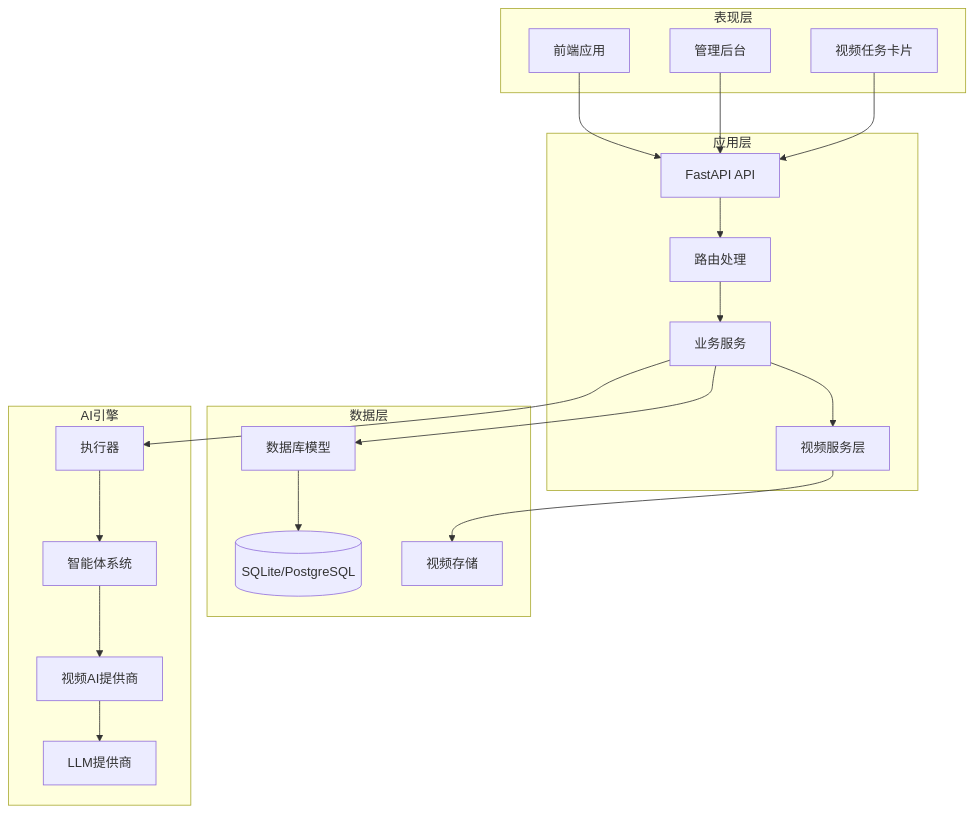
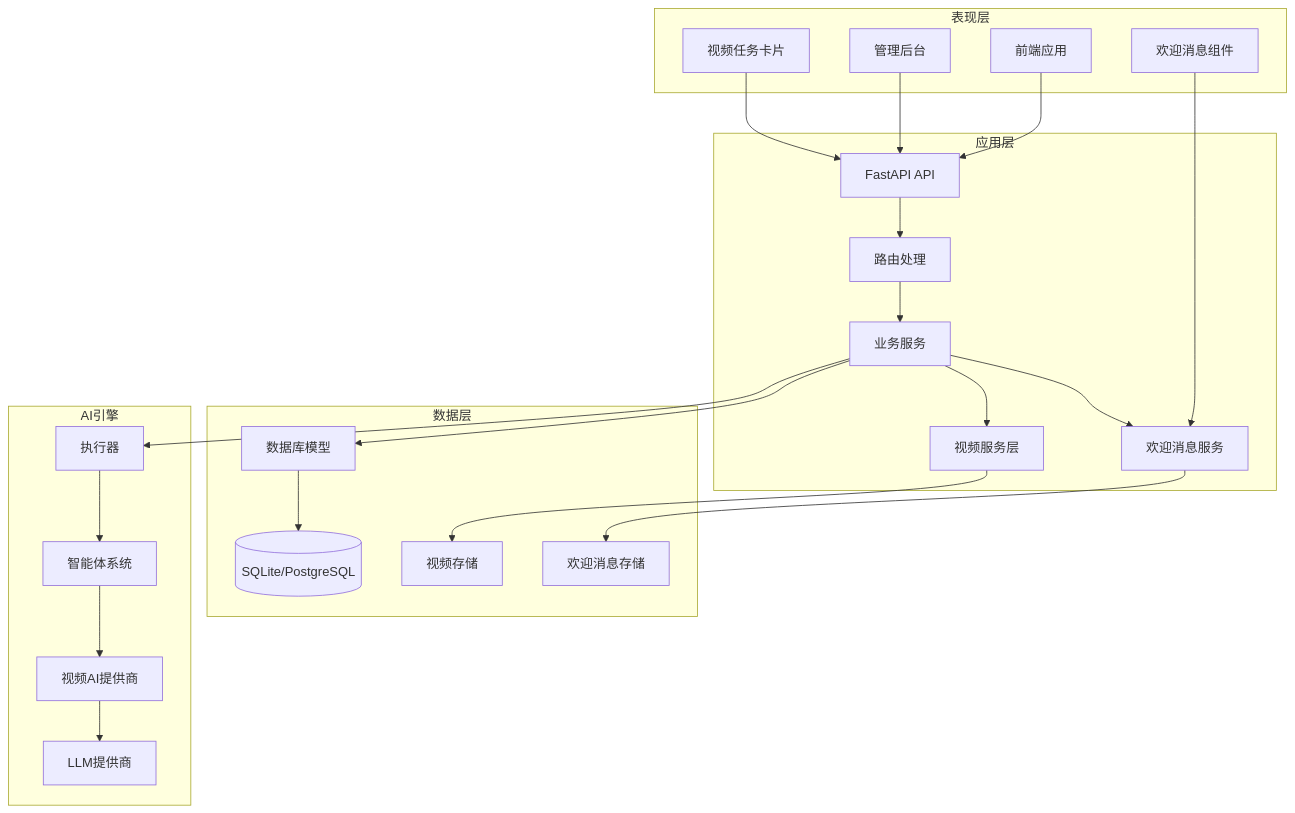
One commit to KunLabAI/KunFlix changed the fourth of 19 diagrams in .qoder/repowiki/zh/content/前端应用架构/状态管理/Zustand Store 设计/增强的AI助手存储.md. Above: the diagram before and after it, drawn with Mermaid. The commit also changed other lines of this file and 20 other files, not shown here.

````diff
--- a/.qoder/repowiki/zh/content/前端应用架构/状态管理/Zustand Store 设计/增强的AI助手存储.md
+++ b/.qoder/repowiki/zh/content/前端应用架构/状态管理/Zustand Store 设计/增强的AI助手存储.md
@@ -227,38 +238,44 @@
 ```mermaid
 graph TB
 subgraph "表现层"
 FE[前端应用]
 ADMIN[管理后台]
 VIDEO_CARD[视频任务卡片]
+WELCOME[欢迎消息组件]
 end
 subgraph "应用层"
 API[FastAPI API]
 ROUTERS[路由处理]
 SERVICES[业务服务]
 VIDEO_SERVICES[视频服务层]
+WELCOME_SERVICE[欢迎消息服务]
 end
 subgraph "数据层"
 MODELS[数据库模型]
 DB[(SQLite/PostgreSQL)]
 VIDEOS[视频存储]
+WELCOMES[欢迎消息存储]
 end
 subgraph "AI引擎"
 AGENTS[智能体系统]
 EXECUTOR[执行器]
 PROVIDERS[LLM提供商]
 VIDEO_PROVIDERS[视频AI提供商]
 end
 FE --> API
 ADMIN --> API
 VIDEO_CARD --> API
+WELCOME --> WELCOME_SERVICE
 API --> ROUTERS
 ROUTERS --> SERVICES
 SERVICES --> MODELS
 SERVICES --> VIDEO_SERVICES
+SERVICES --> WELCOME_SERVICE
 VIDEO_SERVICES --> VIDEOS
+WELCOME_SERVICE --> WELCOMES
 MODELS --> DB
 SERVICES --> EXECUTOR
 EXECUTOR --> AGENTS
 AGENTS --> VIDEO_PROVIDERS
 VIDEO_PROVIDERS --> PROVIDERS
 ```
````
